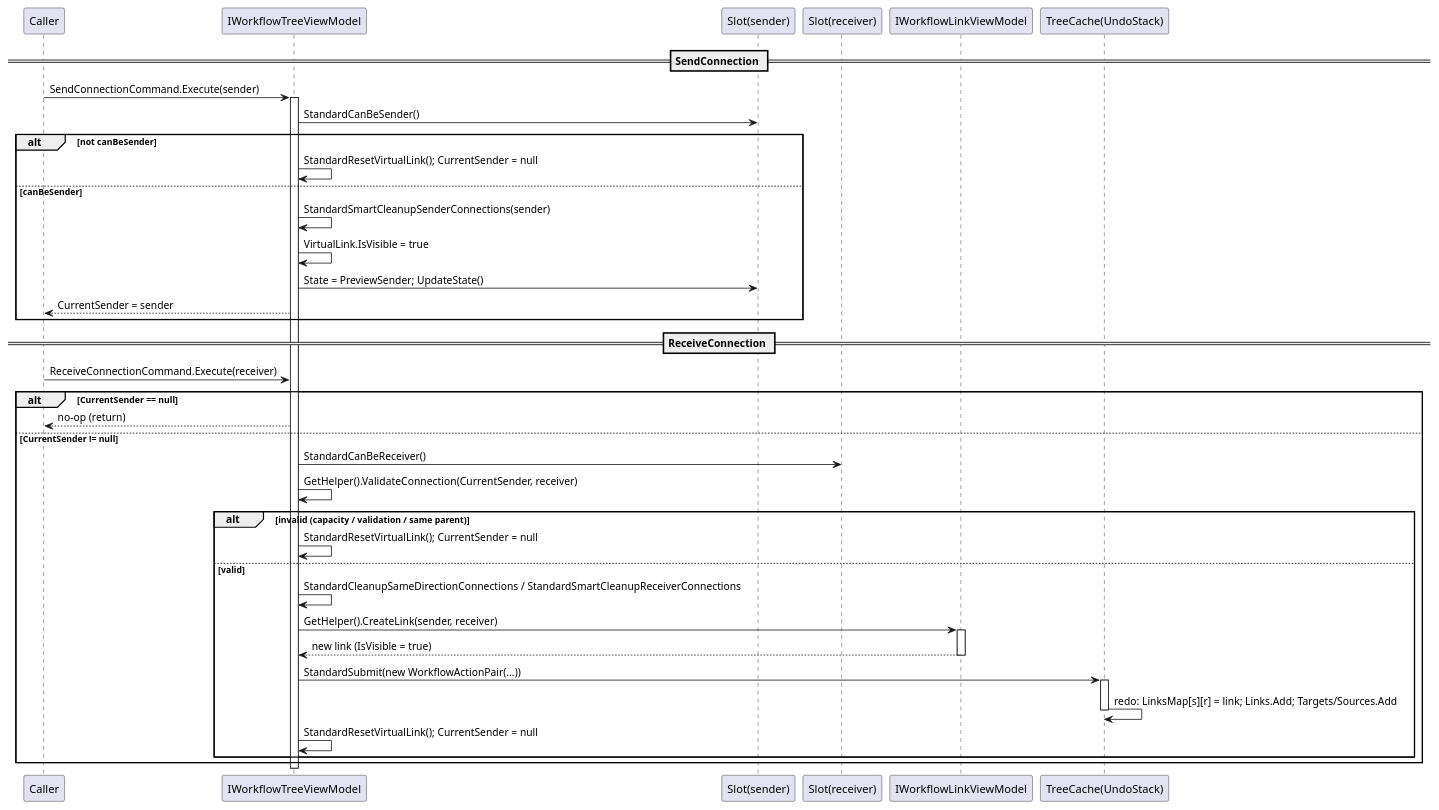
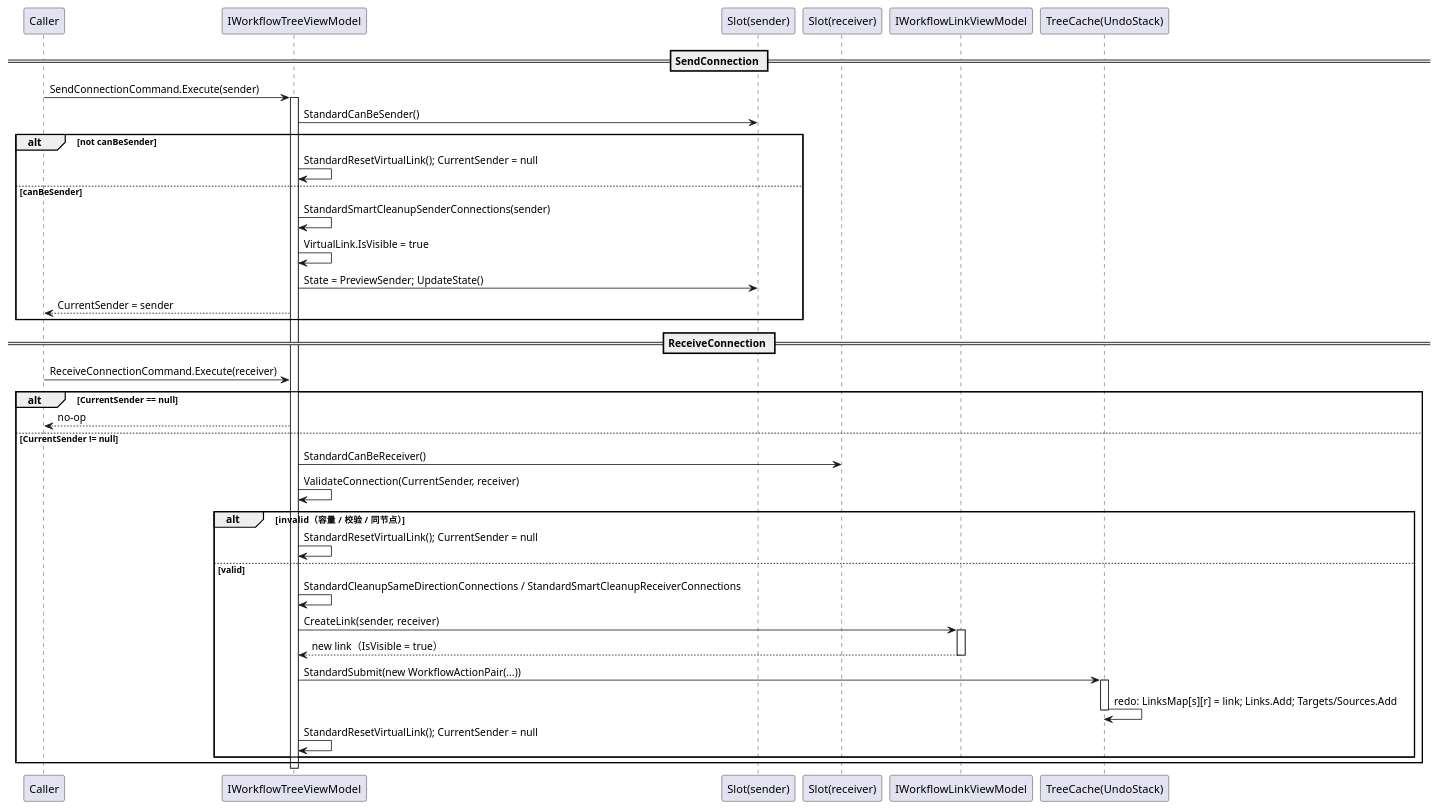
The first of 8 diagrams in src/CloudGlyph/Assets/Docs/content/zh/3_SE分析/03_数据流分析/00_工作流系统/index.md (Axvser/VeloxDev.Docs), drawn with PlantUML before and after one commit. The commit also changed other lines of this file and 443 other files, not shown here.

````diff
--- a/src/CloudGlyph/Assets/Docs/content/zh/3_SE分析/03_数据流分析/00_工作流系统/index.md
+++ b/src/CloudGlyph/Assets/Docs/content/zh/3_SE分析/03_数据流分析/00_工作流系统/index.md
@@ -9,47 +9,47 @@
 ```plantuml
 @startuml
-    participant Caller
+participant Caller
 participant "IWorkflowTreeViewModel" as Tree
 participant "Slot(sender)" as Sender
 participant "Slot(receiver)" as Receiver
 participant "IWorkflowLinkViewModel" as Link
 participant "TreeCache(UndoStack)" as Cache
 
     == SendConnection ==
     Caller -> Tree: SendConnectionCommand.Execute(sender)
     activate Tree
     Tree -> Sender: StandardCanBeSender()
     alt not canBeSender
         Tree -> Tree: StandardResetVirtualLink(); CurrentSender = null
     else canBeSender
         Tree -> Tree: StandardSmartCleanupSenderConnections(sender)
         Tree -> Tree: VirtualLink.IsVisible = true
         Tree -> Sender: State = PreviewSender; UpdateState()
         Tree --> Caller: CurrentSender = sender
     end
 
     == ReceiveConnection ==
     Caller -> Tree: ReceiveConnectionCommand.Execute(receiver)
     alt CurrentSender == null
-        Tree --> Caller: no-op (return)
+        Tree --> Caller: no-op
     else CurrentSender != null
         Tree -> Receiver: StandardCanBeReceiver()
-        Tree -> Tree: GetHelper().ValidateConnection(CurrentSender, receiver)
-        alt invalid (capacity / validation / same parent)
+        Tree -> Tree: ValidateConnection(CurrentSender, receiver)
+        alt invalid（容量 / 校验 / 同节点）
             Tree -> Tree: StandardResetVirtualLink(); CurrentSender = null
         else valid
             Tree -> Tree: StandardCleanupSameDirectionConnections / StandardSmartCleanupReceiverConnections
-            Tree -> Link: GetHelper().CreateLink(sender, receiver)
+            Tree -> Link: CreateLink(sender, receiver)
             activate Link
-            Link --> Tree: new link (IsVisible = true)
+            Link --> Tree: new link（IsVisible = true）
             deactivate Link
             Tree -> Cache: StandardSubmit(new WorkflowActionPair(...))
             activate Cache
             Cache -> Cache: redo: LinksMap[s][r] = link; Links.Add; Targets/Sources.Add
             deactivate Cache
             Tree -> Tree: StandardResetVirtualLink(); CurrentSender = null
         end
     end
     deactivate Tree
 @enduml
 ```
````
